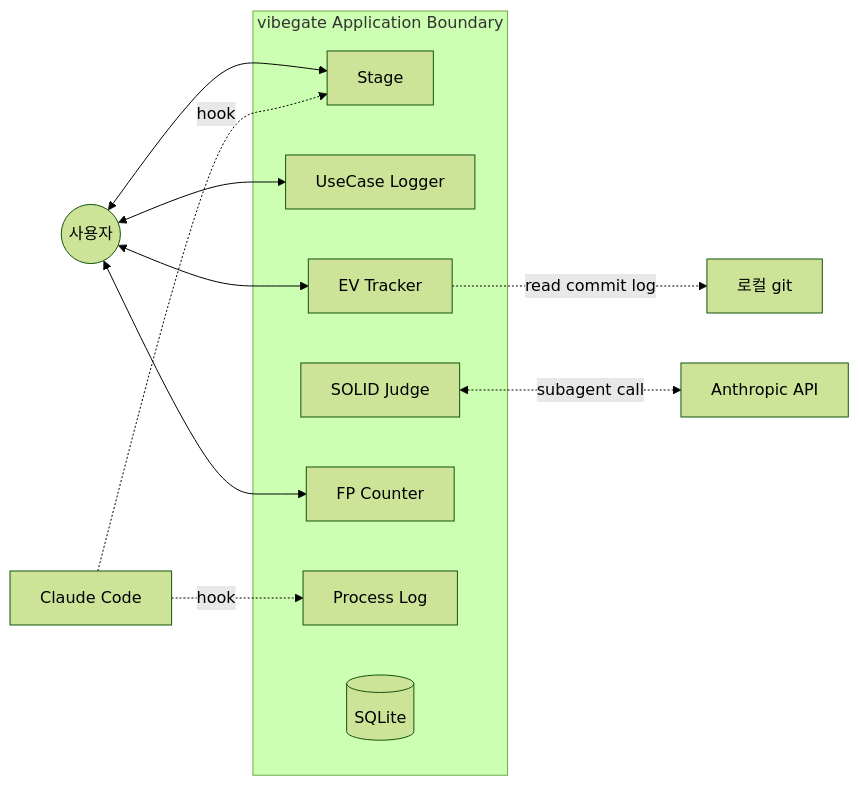
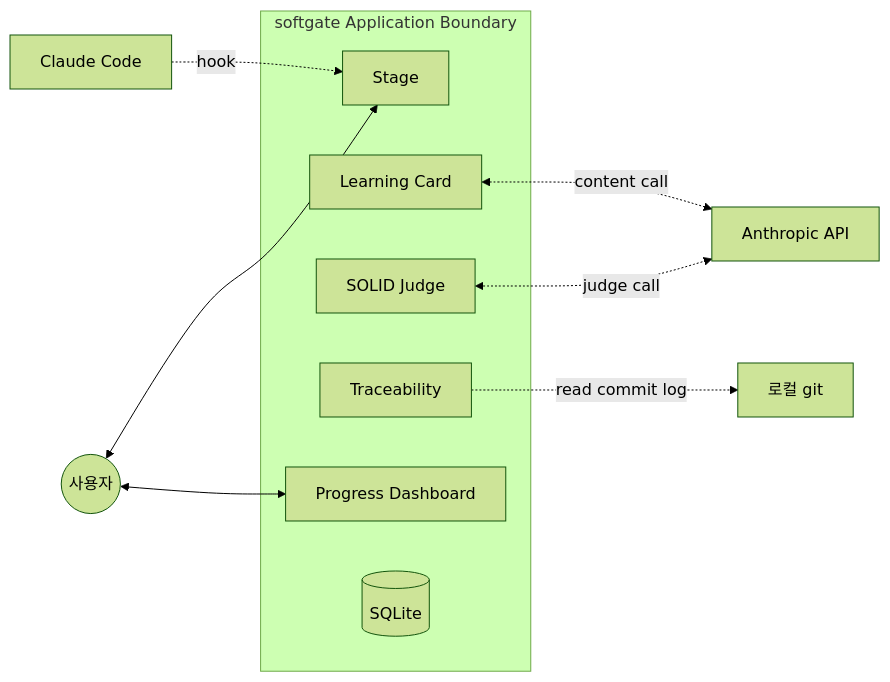
The fourth of 4 diagrams in docs/ARCHITECTURE.md (YujunOh/NaN-SE), drawn with Mermaid (forest theme) before and after one commit. The commit also changed other lines of this file, not shown here.

Commit message:
docs(architecture): 4 core modules + Learning Card flow + new SQLite schema

````diff
--- a/docs/ARCHITECTURE.md
+++ b/docs/ARCHITECTURE.md
@@ -233,26 +317,23 @@
 ```mermaid
 flowchart LR
-    subgraph "vibegate Application Boundary"
+    subgraph "softgate Application Boundary"
         SG[Stage]
-        UL[UseCase Logger]
         SJ[SOLID Judge]
-        EV[EV Tracker]
-        FP[FP Counter]
-        PL[Process Log]
+        LC[Learning Card]
+        TR[Traceability]
+        PD[Progress Dashboard]
         DB[(SQLite)]
     end
 
     User((사용자))
     CC[Claude Code]
     Ant[Anthropic API]
     Git[로컬 git]
 
     User <--> SG
-    User <--> UL
-    User <--> EV
-    User <--> FP
+    User <--> PD
     CC -.hook.-> SG
-    CC -.hook.-> PL
-    SJ <-.subagent call.-> Ant
-    EV -.read commit log.-> Git
+    SJ <-.judge call.-> Ant
+    LC <-.content call.-> Ant
+    TR -.read commit log.-> Git
 ```
````
